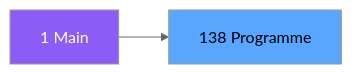
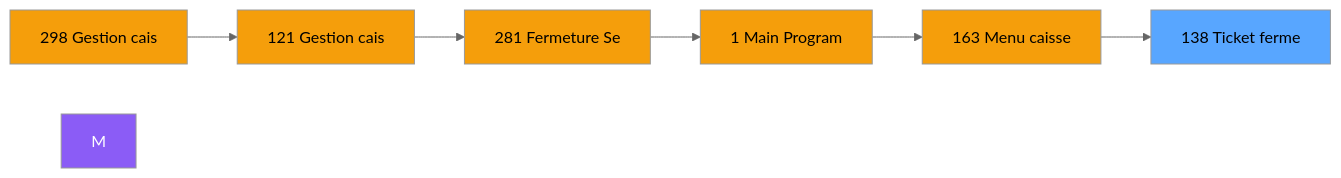
The second of 3 diagrams in .openspec/specs/ADH-IDE-138.md (thonyAGP/magic-migration), drawn with Mermaid (neutral theme) before and after one commit. The commit also changed other lines of this file and 323 other files, not shown here.

````diff
--- a/.openspec/specs/ADH-IDE-138.md
+++ b/.openspec/specs/ADH-IDE-138.md
@@ -106,8 +122,21 @@
 ```mermaid
 graph LR
-    M[1 Main]
-    T[138 Programme]
-    M --> T
+    N298[298 Gestion cais]
+    N121[121 Gestion cais]
+    N281[281 Fermeture Se]
+    N1[1 Main Program]
+    N163[163 Menu caisse ]
+    T[138 Ticket ferme]
+    N298 --> N121
+    N121 --> N281
+    N281 --> N1
+    N1 --> N163
+    N163 --> T
     style M fill:#8b5cf6,color:#fff
+    style N298 fill:#f59e0b
+    style N121 fill:#f59e0b
+    style N281 fill:#f59e0b
+    style N1 fill:#f59e0b
+    style N163 fill:#f59e0b
     style T fill:#58a6ff,color:#000
 ```
````
